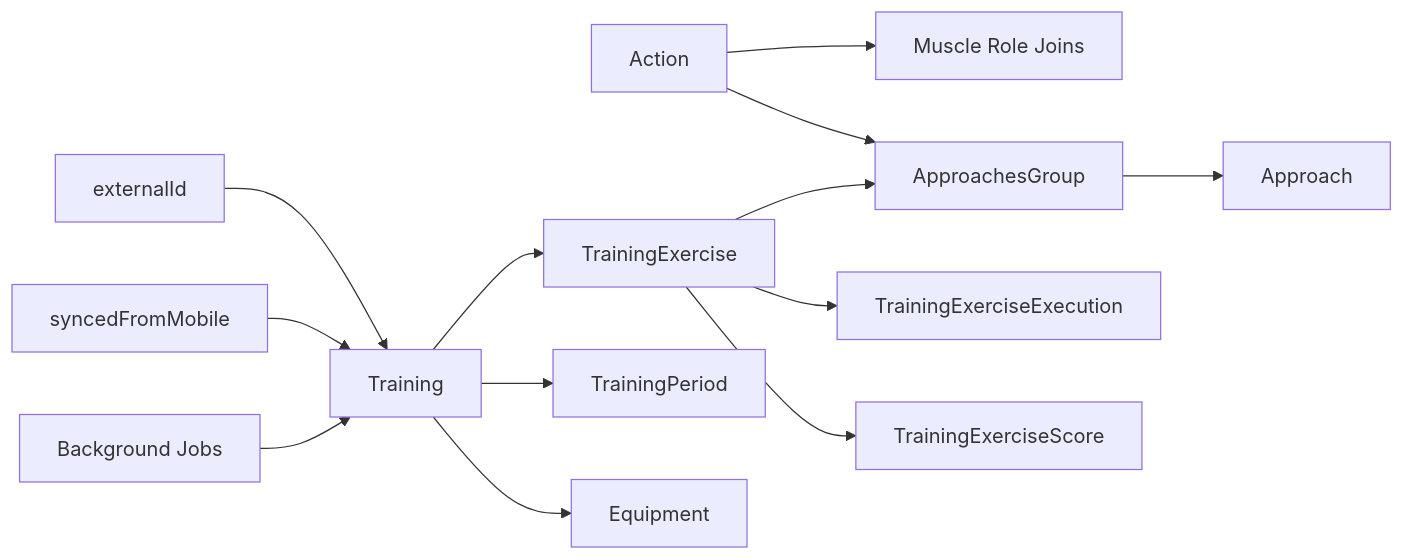
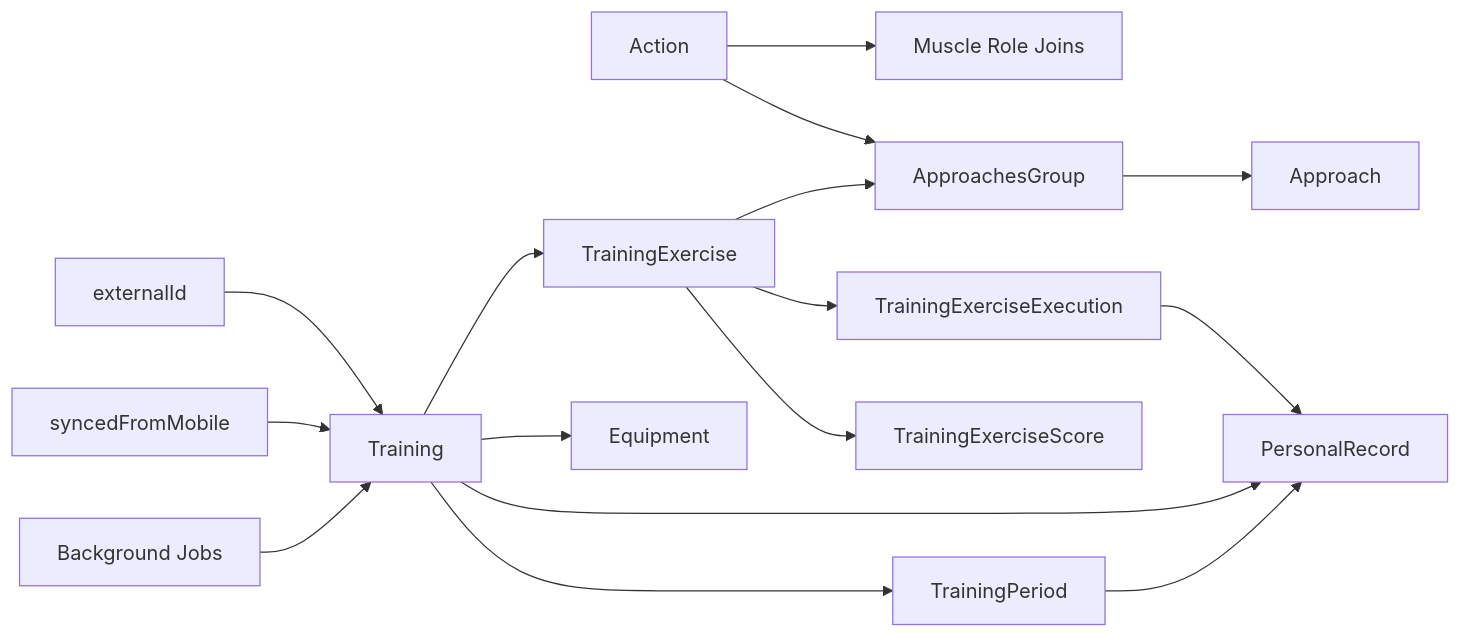
The eighth of 8 diagrams in .qoder/repowiki/en/content/Data Model/Data Model.md (Dezzpil/meingym), drawn with Mermaid before and after one commit. The commit also changed other lines of this file and 12 other files, not shown here.

````diff
--- a/.qoder/repowiki/en/content/Data Model/Data Model.md
+++ b/.qoder/repowiki/en/content/Data Model/Data Model.md
@@ -629,15 +739,18 @@
 ```mermaid
 graph LR
 Action["Action"] --> MuscleRoles["Muscle Role Joins"]
 Action --> ApproachesGroup["ApproachesGroup"]
 ApproachesGroup --> Approach["Approach"]
 Training["Training"] --> TrainingExercise["TrainingExercise"]
 TrainingExercise --> ApproachesGroup
 TrainingExercise --> Execution["TrainingExerciseExecution"]
 TrainingExercise --> Score["TrainingExerciseScore"]
 Training --> Period["TrainingPeriod"]
 Training --> Equipment["Equipment"]
+Execution --> Record["PersonalRecord"]
+Training --> Record
+Period --> Record
 ExternalID["externalId"] --> Training
 MobileSync["syncedFromMobile"] --> Training
 JobQueue["Background Jobs"] --> Training
 ```
````
